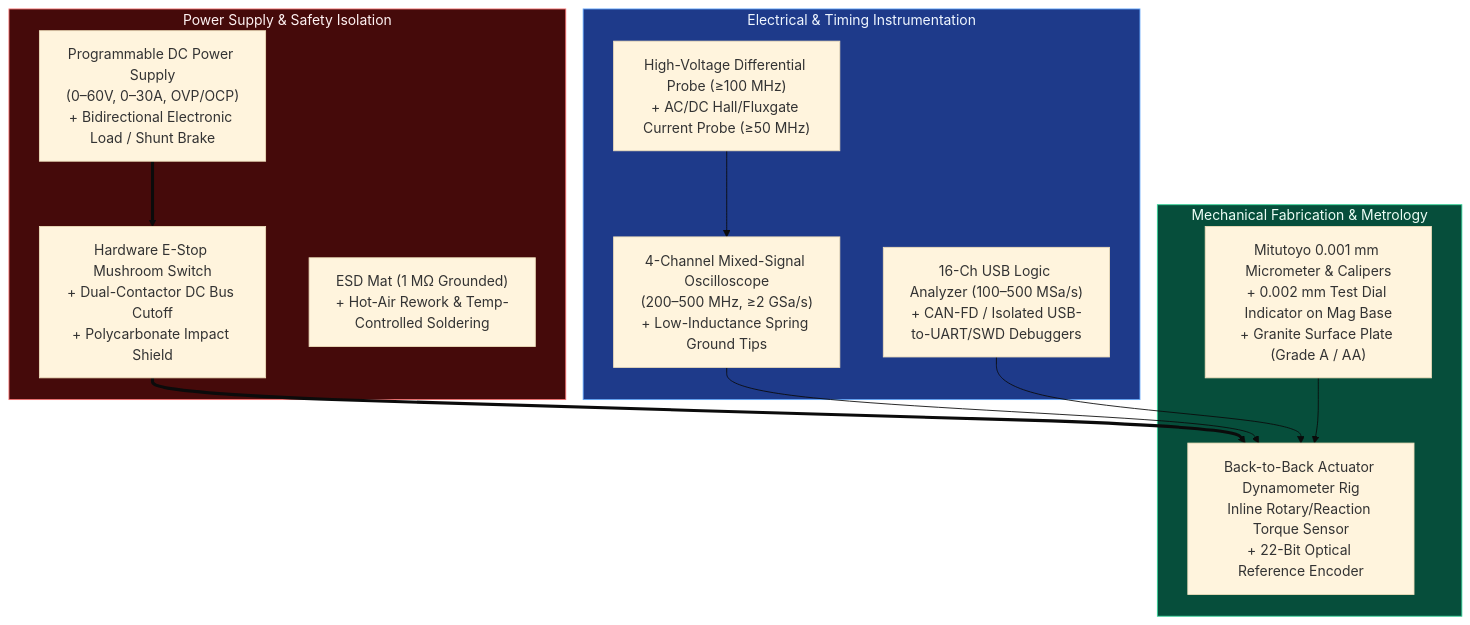
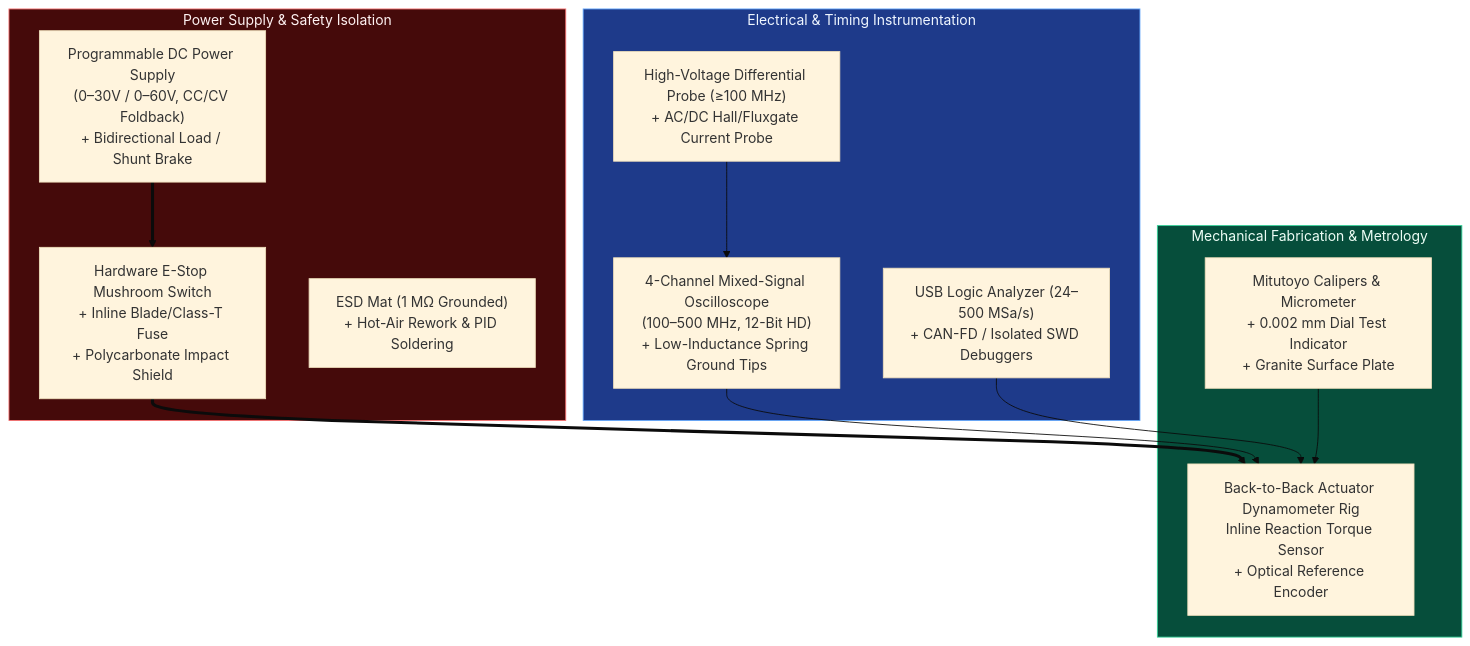
The diagram in resources/lab-workbench-bom.md (TLE47/Mechatronics-Roadmap), drawn with Mermaid (base theme) before and after one commit. The commit also changed other lines of this file and 13 other files, not shown here.

First line of the commit message:
docs: add tiered roadmap navigation to tracks

````diff
--- a/resources/lab-workbench-bom.md
+++ b/resources/lab-workbench-bom.md
@@ -10,29 +10,29 @@
 ```mermaid
 flowchart TB
     subgraph POWER_SAFETY["Power Supply & Safety Isolation"]
-        PSU["Programmable DC Power Supply<br/>(0–60V, 0–30A, OVP/OCP)<br/>+ Bidirectional Electronic Load / Shunt Brake"]
-        ESTOP["Hardware E-Stop Mushroom Switch<br/>+ Dual-Contactor DC Bus Cutoff<br/>+ Polycarbonate Impact Shield"]
-        ESD["ESD Mat (1 MΩ Grounded)<br/>+ Hot-Air Rework & Temp-Controlled Soldering"]
+        PSU["Programmable DC Power Supply<br/>(0–30V / 0–60V, CC/CV Foldback)<br/>+ Bidirectional Load / Shunt Brake"]
+        ESTOP["Hardware E-Stop Mushroom Switch<br/>+ Inline Blade/Class-T Fuse<br/>+ Polycarbonate Impact Shield"]
+        ESD["ESD Mat (1 MΩ Grounded)<br/>+ Hot-Air Rework & PID Soldering"]
     end
 
     subgraph ELEC_METROLOGY["Electrical & Timing Instrumentation"]
-        SCOPE["4-Channel Mixed-Signal Oscilloscope<br/>(200–500 MHz, ≥2 GSa/s)<br/>+ Low-Inductance Spring Ground Tips"]
-        PROBES["High-Voltage Differential Probe (≥100 MHz)<br/>+ AC/DC Hall/Fluxgate Current Probe (≥50 MHz)"]
-        LA["16-Ch USB Logic Analyzer (100–500 MSa/s)<br/>+ CAN-FD / Isolated USB-to-UART/SWD Debuggers"]
+        SCOPE["4-Channel Mixed-Signal Oscilloscope<br/>(100–500 MHz, 12-Bit HD)<br/>+ Low-Inductance Spring Ground Tips"]
+        PROBES["High-Voltage Differential Probe (≥100 MHz)<br/>+ AC/DC Hall/Fluxgate Current Probe"]
+        LA["USB Logic Analyzer (24–500 MSa/s)<br/>+ CAN-FD / Isolated SWD Debuggers"]
     end
 
     subgraph MECH_METROLOGY["Mechanical Fabrication & Metrology"]
-        METRO["Mitutoyo 0.001 mm Micrometer & Calipers<br/>+ 0.002 mm Test Dial Indicator on Mag Base<br/>+ Granite Surface Plate (Grade A / AA)"]
-        DYNO["Back-to-Back Actuator Dynamometer Rig<br/>Inline Rotary/Reaction Torque Sensor<br/>+ 22-Bit Optical Reference Encoder"]
+        METRO["Mitutoyo Calipers & Micrometer<br/>+ 0.002 mm Dial Test Indicator<br/>+ Granite Surface Plate"]
+        DYNO["Back-to-Back Actuator Dynamometer Rig<br/>Inline Reaction Torque Sensor<br/>+ Optical Reference Encoder"]
     end
 
     PSU ==> ESTOP ==> DYNO
     SCOPE --> DYNO
     PROBES --> SCOPE
     LA --> DYNO
     METRO --> DYNO
 
     style POWER_SAFETY fill:#450a0a,stroke:#f87171,color:#fef2f2
     style ELEC_METROLOGY fill:#1e3a8a,stroke:#60a5fa,color:#eff6ff
     style MECH_METROLOGY fill:#064e3b,stroke:#34d399,color:#ecfdf5
 ```
````
